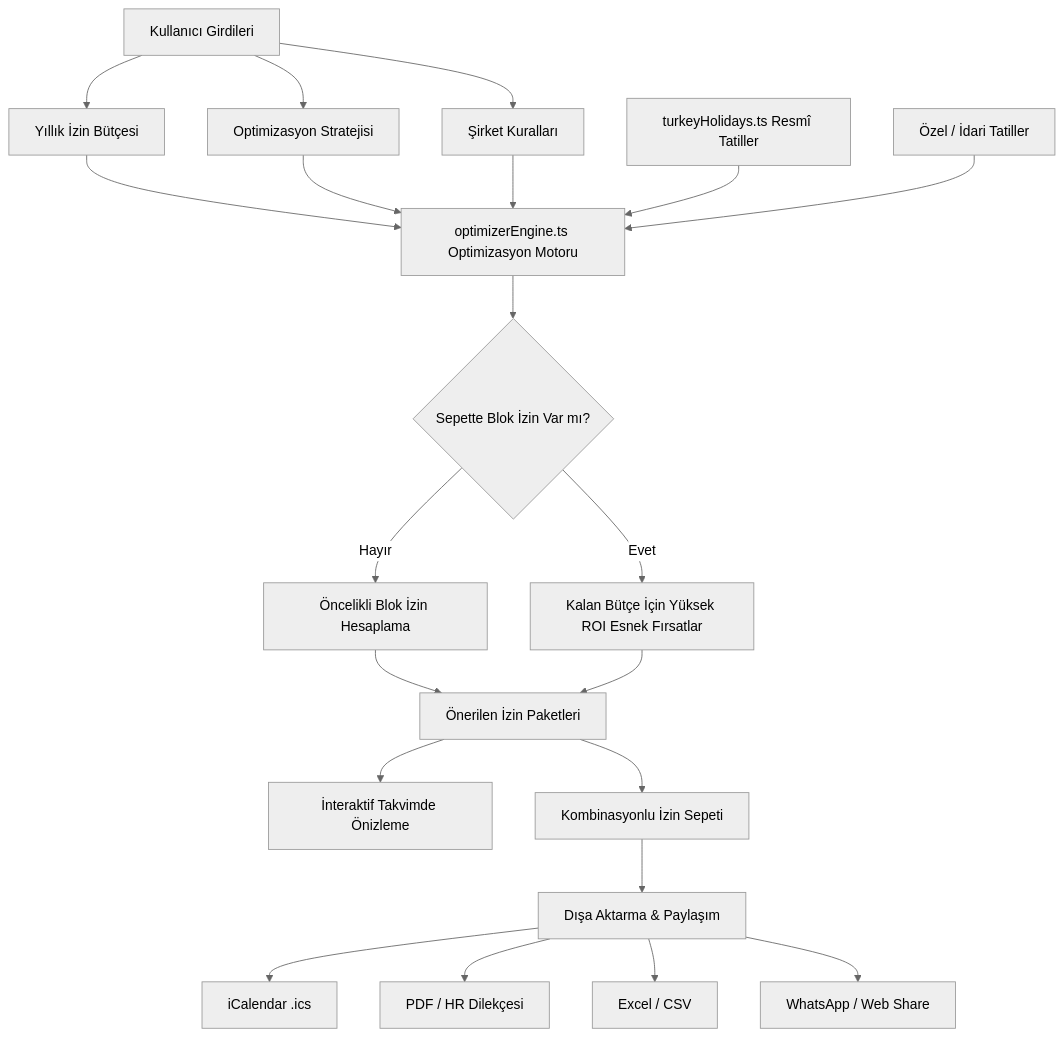
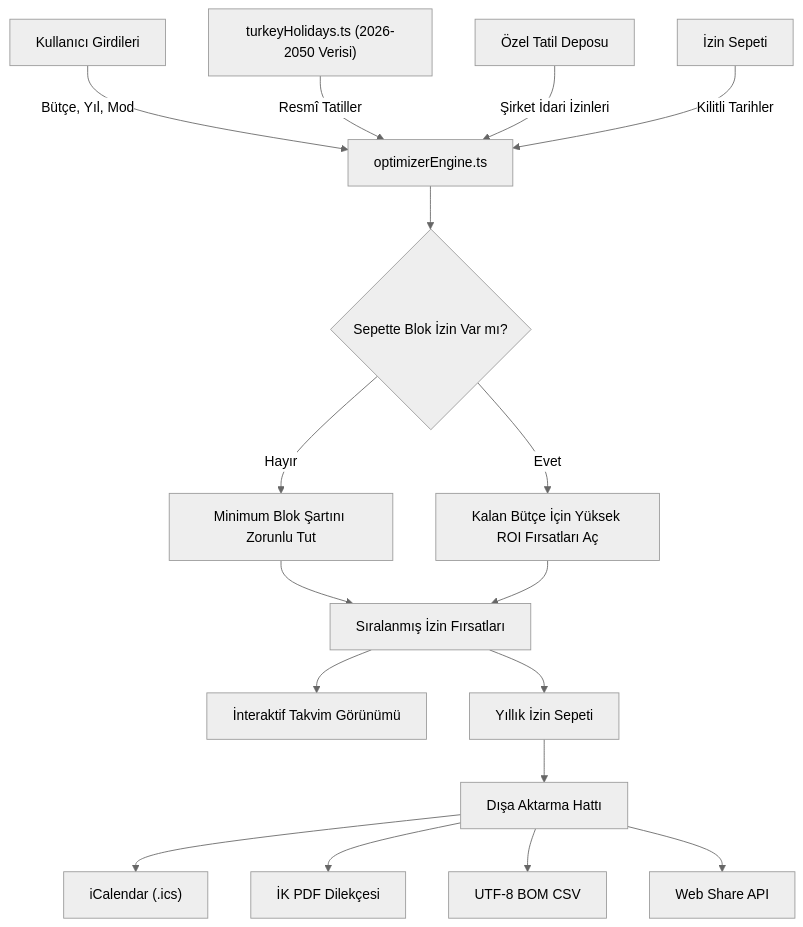
One commit to AtaCanYmc/hesapli-izin changed the diagram in README_TR.md. Above: the diagram before and after it, drawn with Mermaid (neutral theme). The commit also changed other lines of this file and 20 other files, not shown here.

````diff
--- a/README_TR.md
+++ b/README_TR.md
@@ -29,25 +51,21 @@
 ```mermaid
-graph TD
-    A[Kullanıcı Girdileri] --> A1[Yıllık İzin Bütçesi]
-    A --> A2[Optimizasyon Stratejisi]
-    A --> A3[Şirket Kuralları]
+flowchart TD
+    A["Kullanıcı Girdileri"] -->|"Bütçe, Yıl, Mod"| B["optimizerEngine.ts"]
+    C["turkeyHolidays.ts (2026-2050 Verisi)"] -->|"Resmî Tatiller"| B
+    D["Özel Tatil Deposu"] -->|"Şirket İdari İzinleri"| B
+    E["İzin Sepeti"] -->|"Kilitli Tarihler"| B
 
-    A1 & A2 & A3 --> B[optimizerEngine.ts Optimizasyon Motoru]
-    
-    C[turkeyHolidays.ts Resmî Tatiller] --> B
-    D[Özel / İdari Tatiller] --> B
+    B --> F{"Sepette Blok İzin Var mı?"}
+    F -->|"Hayır"| G["Minimum Blok Şartını Zorunlu Tut"]
+    F -->|"Evet"| H["Kalan Bütçe İçin Yüksek ROI Fırsatları Aç"]
 
-    B --> E{Sepette Blok İzin Var mı?}
-    E -- Hayır --> F[Öncelikli Blok İzin Hesaplama]
-    E -- Evet --> G[Kalan Bütçe İçin Yüksek ROI Esnek Fırsatlar]
+    G & H --> I["Sıralanmış İzin Fırsatları"]
+    I --> J["İnteraktif Takvim Görünümü"]
+    I --> K["Yıllık İzin Sepeti"]
 
-    F & G --> H[Önerilen İzin Paketleri]
-    H --> I[İnteraktif Takvimde Önizleme]
-    H --> J[Kombinasyonlu İzin Sepeti]
-
-    J --> K[Dışa Aktarma & Paylaşım]
-    K --> K1[iCalendar .ics]
-    K --> K2[PDF / HR Dilekçesi]
-    K --> K3[Excel / CSV]
-    K --> K4[WhatsApp / Web Share]
+    K --> L["Dışa Aktarma Hattı"]
+    L --> M["iCalendar (.ics)"]
+    L --> N["İK PDF Dilekçesi"]
+    L --> O["UTF-8 BOM CSV"]
+    L --> P["Web Share API"]
 ```
````
